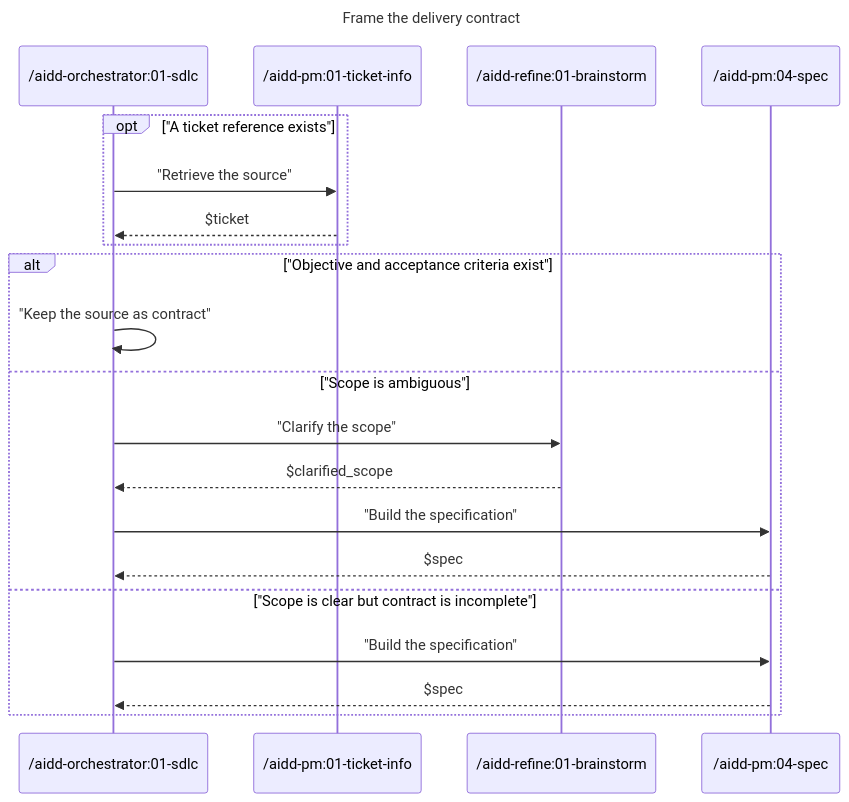
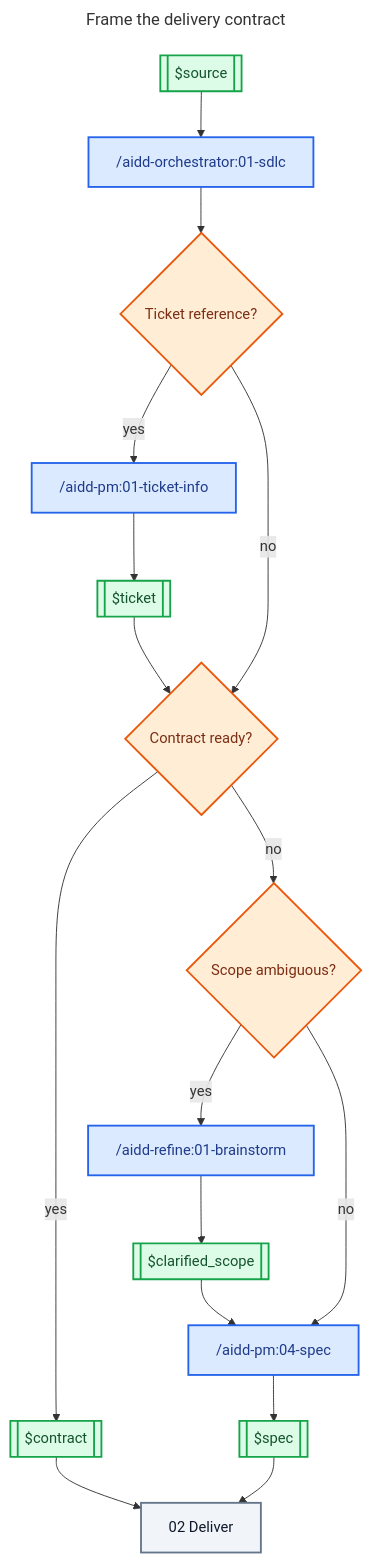
The diagram in plugins/aidd-orchestrator/skills/01-sdlc/references/01-frame.md (ai-driven-dev/aidd-framework), drawn with Mermaid before and after one commit. The commit also changed 3 other files, not shown here.

Commit message:
refactor(orchestrator): simplify SDLC diagrams

````diff
--- a/plugins/aidd-orchestrator/skills/01-sdlc/references/01-frame.md
+++ b/plugins/aidd-orchestrator/skills/01-sdlc/references/01-frame.md
@@ -5,26 +5,45 @@
 ```mermaid
 ---
 title: Frame the delivery contract
 ---
-sequenceDiagram
-  participant Sdlc as /aidd-orchestrator:01-sdlc
-  participant Ticket as /aidd-pm:01-ticket-info
-  participant Brainstorm as /aidd-refine:01-brainstorm
-  participant Spec as /aidd-pm:04-spec
+flowchart TB
+  Source[["$source"]]
+  Sdlc["/aidd-orchestrator:01-sdlc"]
+  TicketDecision{"Ticket reference?"}
+  Ticket["/aidd-pm:01-ticket-info"]
+  TicketArtifact[["$ticket"]]
+  ContractDecision{"Contract ready?"}
+  Contract[["$contract"]]
+  ScopeDecision{"Scope ambiguous?"}
+  Brainstorm["/aidd-refine:01-brainstorm"]
+  ClarifiedScope[["$clarified_scope"]]
+  Spec["/aidd-pm:04-spec"]
+  SpecArtifact[["$spec"]]
+  Deliver["02 Deliver"]
 
-  opt "A ticket reference exists"
-    Sdlc->>Ticket: "Retrieve the source"
-    Ticket-->>Sdlc: $ticket
-  end
-  alt "Objective and acceptance criteria exist"
-    Sdlc->>Sdlc: "Keep the source as contract"
-  else "Scope is ambiguous"
-    Sdlc->>Brainstorm: "Clarify the scope"
-    Brainstorm-->>Sdlc: $clarified_scope
-    Sdlc->>Spec: "Build the specification"
-    Spec-->>Sdlc: $spec
-  else "Scope is clear but contract is incomplete"
-    Sdlc->>Spec: "Build the specification"
-    Spec-->>Sdlc: $spec
-  end
+  Source --> Sdlc
+  Sdlc --> TicketDecision
+  TicketDecision -- "yes" --> Ticket
+  Ticket --> TicketArtifact
+  TicketArtifact --> ContractDecision
+  TicketDecision -- "no" --> ContractDecision
+  ContractDecision -- "yes" --> Contract
+  Contract --> Deliver
+  ContractDecision -- "no" --> ScopeDecision
+  ScopeDecision -- "yes" --> Brainstorm
+  Brainstorm --> ClarifiedScope
+  ClarifiedScope --> Spec
+  ScopeDecision -- "no" --> Spec
+  Spec --> SpecArtifact
+  SpecArtifact --> Deliver
+
+  classDef skill fill:#DBEAFE,stroke:#2563EB,color:#1E3A8A,stroke-width:2px
+  classDef artifact fill:#DCFCE7,stroke:#16A34A,color:#14532D,stroke-width:2px
+  classDef decision fill:#FFEDD5,stroke:#EA580C,color:#7C2D12,stroke-width:2px
+  classDef zone fill:#F1F5F9,stroke:#64748B,color:#0F172A,stroke-width:2px
+
+  class Sdlc,Ticket,Brainstorm,Spec skill
+  class Source,TicketArtifact,Contract,ClarifiedScope,SpecArtifact artifact
+  class TicketDecision,ContractDecision,ScopeDecision decision
+  class Deliver zone
 ```
````
